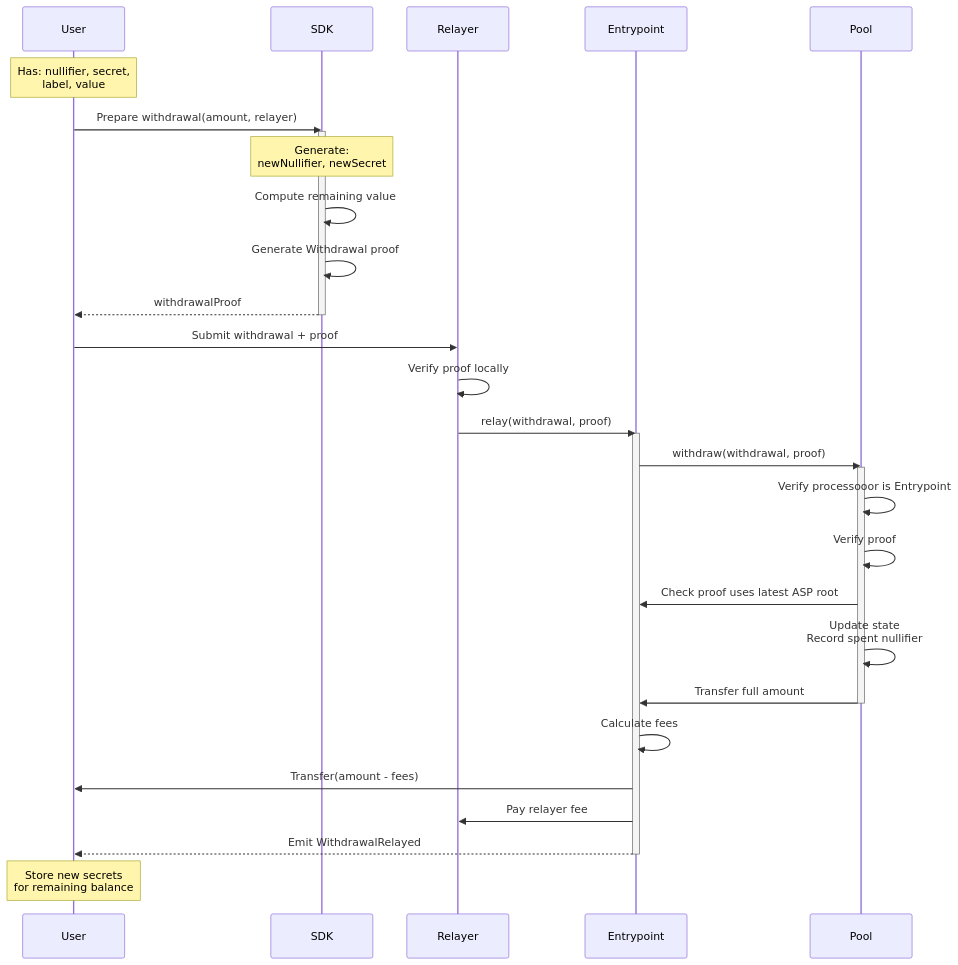
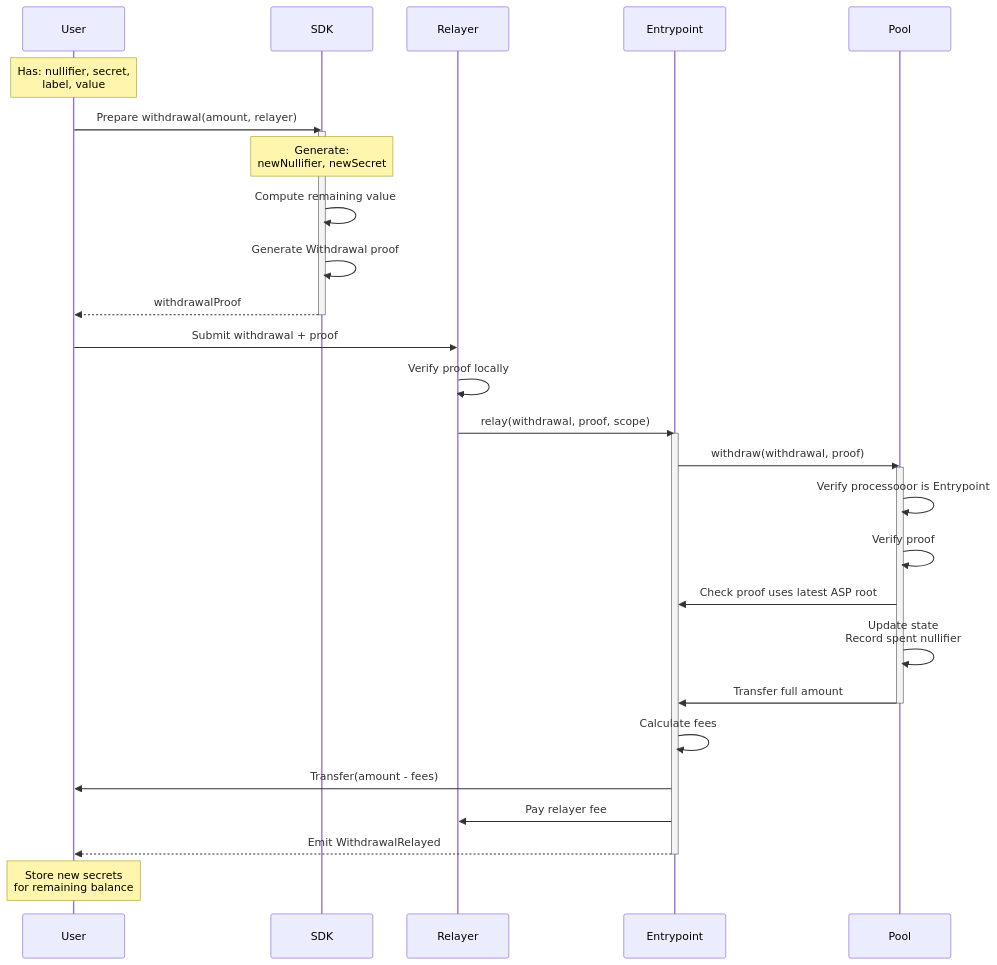
The second of 2 diagrams in docs/docs/protocol/withdrawal.md (0xbow-io/privacy-pools-core), drawn with Mermaid before and after one commit. The commit also changed other lines of this file and 7 other files, not shown here.

````diff
--- a/docs/docs/protocol/withdrawal.md
+++ b/docs/docs/protocol/withdrawal.md
@@ -71,45 +75,45 @@
 ```mermaid
 sequenceDiagram
     participant User
     participant SDK
     participant Relayer
     participant Entrypoint
     participant Pool
 
 
     Note over User: Has: nullifier, secret,<br/>label, value
     User->>SDK: Prepare withdrawal(amount, relayer)
 
     activate SDK
     Note over SDK: Generate:<br/>newNullifier, newSecret
     SDK->>SDK: Compute remaining value
     SDK->>SDK: Generate Withdrawal proof
     SDK-->>User: withdrawalProof
     deactivate SDK
 
     User->>Relayer: Submit withdrawal + proof
     Relayer->>Relayer: Verify proof locally
-    Relayer->>Entrypoint: relay(withdrawal, proof)
+    Relayer->>Entrypoint: relay(withdrawal, proof, scope)
 
     activate Entrypoint
     Entrypoint->>Pool: withdraw(withdrawal, proof)
 
     activate Pool
     Pool->>Pool: Verify processooor is Entrypoint
     Pool->>Pool: Verify proof
     Pool->>Entrypoint: Check proof uses latest ASP root
 
     Pool->>Pool: Update state<br/>Record spent nullifier
     Pool->>Entrypoint: Transfer full amount
     deactivate Pool
 
     Entrypoint->>Entrypoint: Calculate fees
     Entrypoint->>User: Transfer(amount - fees)
     Entrypoint->>Relayer: Pay relayer fee
 
     Entrypoint-->>User: Emit WithdrawalRelayed
     deactivate Entrypoint
 
     Note over User: Store new secrets<br/>for remaining balance
 
 ```
````
